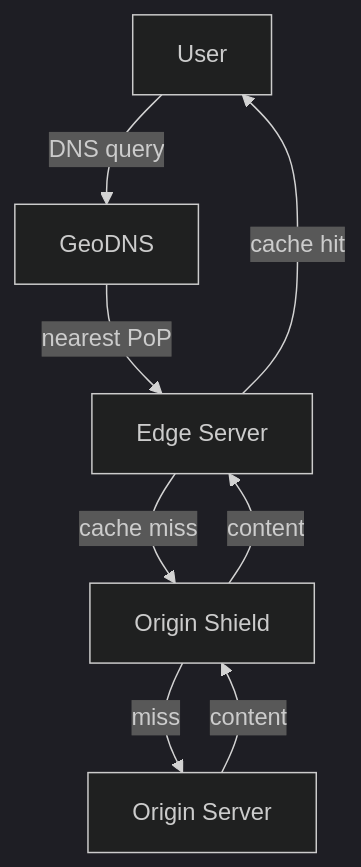
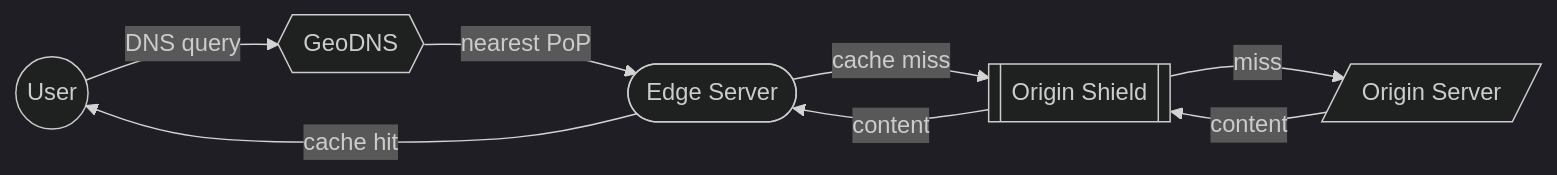
Before and after one commit to saivamsikaruturi/vamsilabs-dev-notes-main: diagram 11 of 12 in docs/interview/system-design.md, drawn with Mermaid (dark theme). The commit also changed other lines of this file and 146 other files, not shown here.

Commit message:
Horizontal diagrams, UML class diagrams, typography overhaul, and permalink cleanup

````diff
--- a/docs/interview/system-design.md
+++ b/docs/interview/system-design.md
@@ -822,10 +822,10 @@
     ```mermaid
-    flowchart TD
-        User -->|DNS query| GeoDNS[GeoDNS]
-        GeoDNS -->|nearest PoP| Edge[Edge Server]
+    flowchart LR
+        User(("User")) -->|DNS query| GeoDNS{{"GeoDNS"}}
+        GeoDNS -->|nearest PoP| Edge(["Edge Server"])
         Edge -->|cache hit| User
-        Edge -->|cache miss| Shield[Origin Shield]
-        Shield -->|miss| Origin[Origin Server]
+        Edge -->|cache miss| Shield[["Origin Shield"]]
+        Shield -->|miss| Origin[/"Origin Server"/]
         Origin -->|content| Shield
         Shield -->|content| Edge
     ```
````
